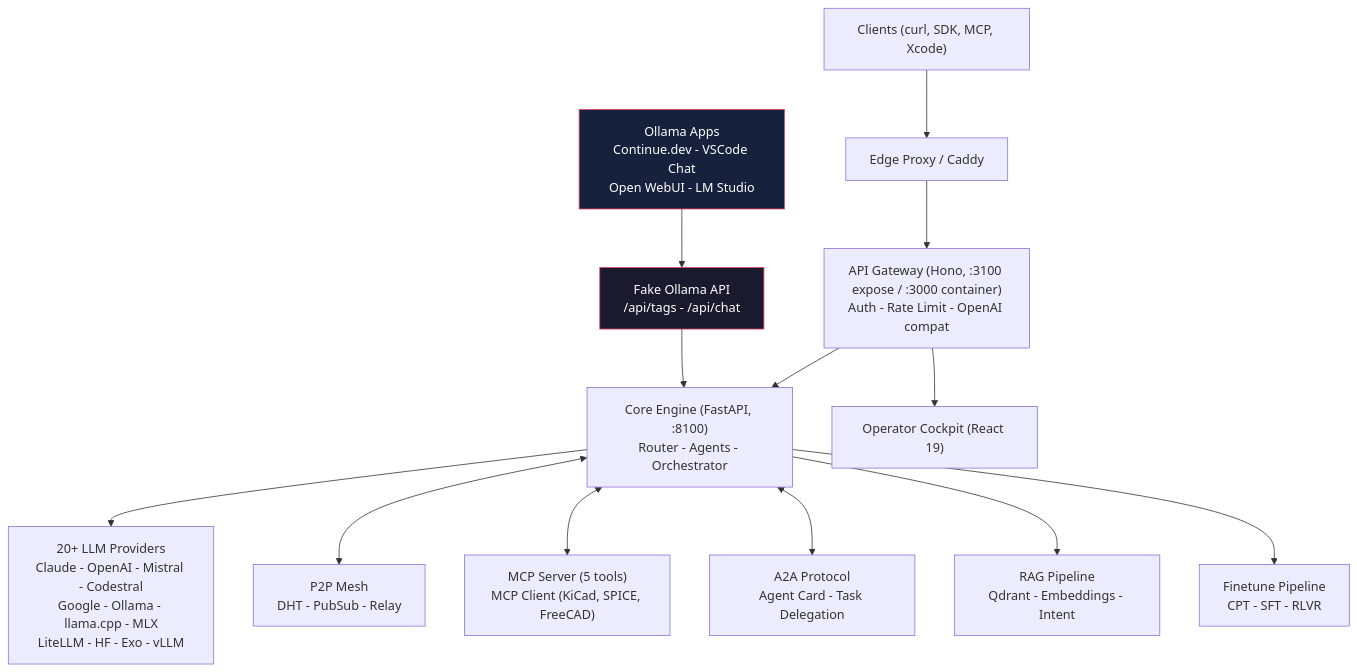
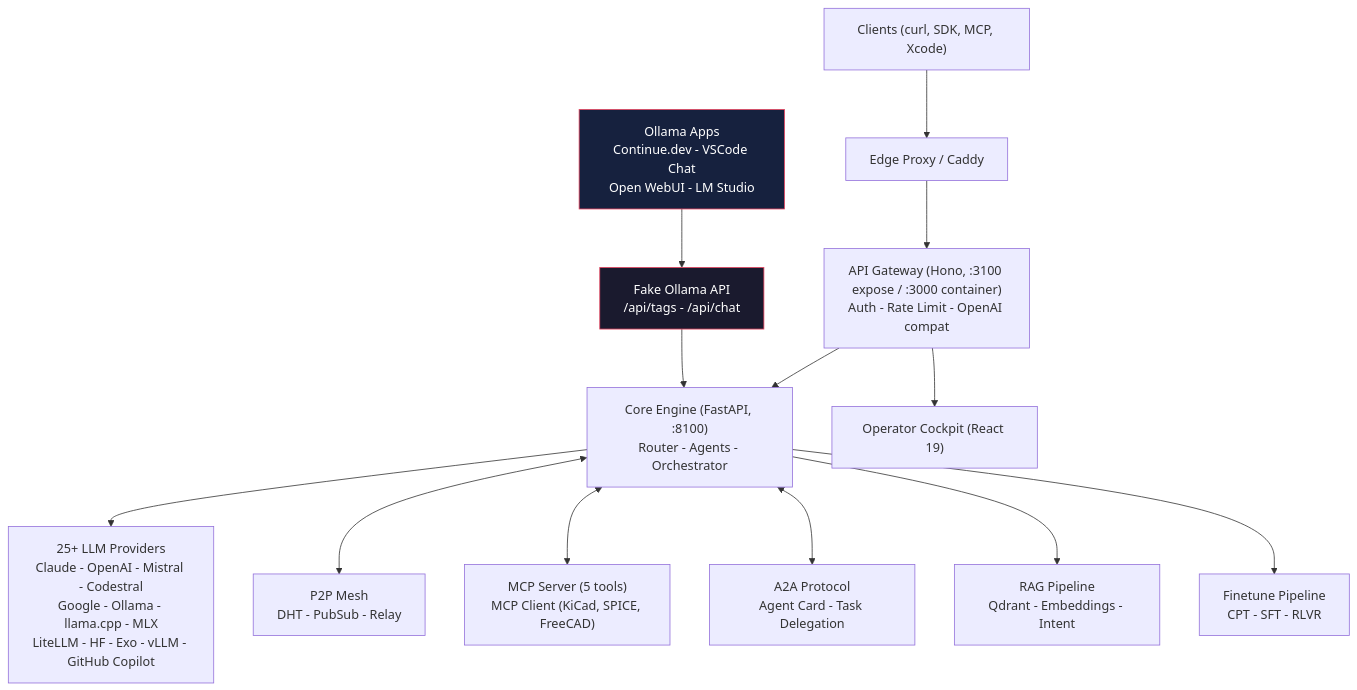
The diagram in README.md (electron-rare/mascarade), drawn with Mermaid before and after one commit. The commit also changed other lines of this file and 2 other files, not shown here.

First line of the commit message:
docs: align README, ARCHITECTURE, FEATURE_MAP with current codebase

````diff
--- a/README.md
+++ b/README.md
@@ -16,19 +16,19 @@
 ```mermaid
 graph TD
     Client["Clients (curl, SDK, MCP, Xcode)"] --> Proxy["Edge Proxy / Caddy"]
     Proxy --> API["API Gateway (Hono, :3100 expose / :3000 container)\nAuth - Rate Limit - OpenAI compat"]
     API --> Core["Core Engine (FastAPI, :8100)\nRouter - Agents - Orchestrator"]
-    Core --> Providers["20+ LLM Providers\nClaude - OpenAI - Mistral - Codestral\nGoogle - Ollama - llama.cpp - MLX\nLiteLLM - HF - Exo - vLLM"]
+    Core --> Providers["25+ LLM Providers\nClaude - OpenAI - Mistral - Codestral\nGoogle - Ollama - llama.cpp - MLX\nLiteLLM - HF - Exo - vLLM - GitHub Copilot"]
     Core <--> P2P["P2P Mesh\nDHT - PubSub - Relay"]
     Core <--> MCP["MCP Server (5 tools)\nMCP Client (KiCad, SPICE, FreeCAD)"]
     Core <--> A2A["A2A Protocol\nAgent Card - Task Delegation"]
     Core --> RAG["RAG Pipeline\nQdrant - Embeddings - Intent"]
     Core --> Finetune["Finetune Pipeline\nCPT - SFT - RLVR"]
     API --> Web["Operator Cockpit (React 19)"]
 
     OllamaApps["Ollama Apps\nContinue.dev - VSCode Chat\nOpen WebUI - LM Studio"] --> FakeOllama
     FakeOllama["Fake Ollama API\n/api/tags - /api/chat"] --> Core
 
     style FakeOllama fill:#1a1a2e,stroke:#e94560,color:#fff
     style OllamaApps fill:#16213e,stroke:#e94560,color:#fff
 ```
````
